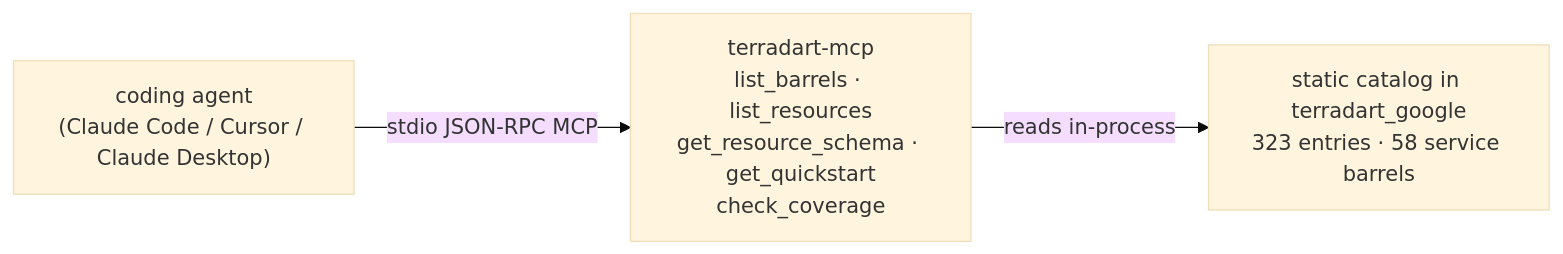
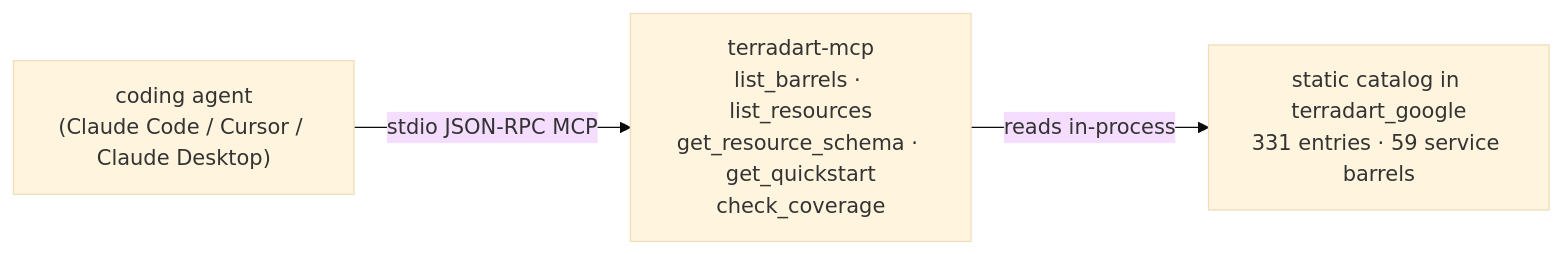
Before and after one commit to nozomi-koborinai/terradart: the diagram in website/src/content/docs/docs/agent/index.md, drawn with Mermaid (base theme). The commit also changed other lines of this file and 119 other files, not shown here.

````diff
--- a/website/src/content/docs/docs/agent/index.md
+++ b/website/src/content/docs/docs/agent/index.md
@@ -12,8 +12,8 @@
 ```mermaid
 graph LR
   agent["coding agent<br/>(Claude Code / Cursor / Claude Desktop)"]
   mcp["terradart-mcp<br/>list_barrels · list_resources<br/>get_resource_schema · get_quickstart<br/>check_coverage"]
-  catalog["static catalog in terradart_google<br/>323 entries · 58 service barrels"]
+  catalog["static catalog in terradart_google<br/>331 entries · 59 service barrels"]
   agent -->|stdio JSON-RPC MCP| mcp
   mcp -->|reads in-process| catalog
 ```
````
